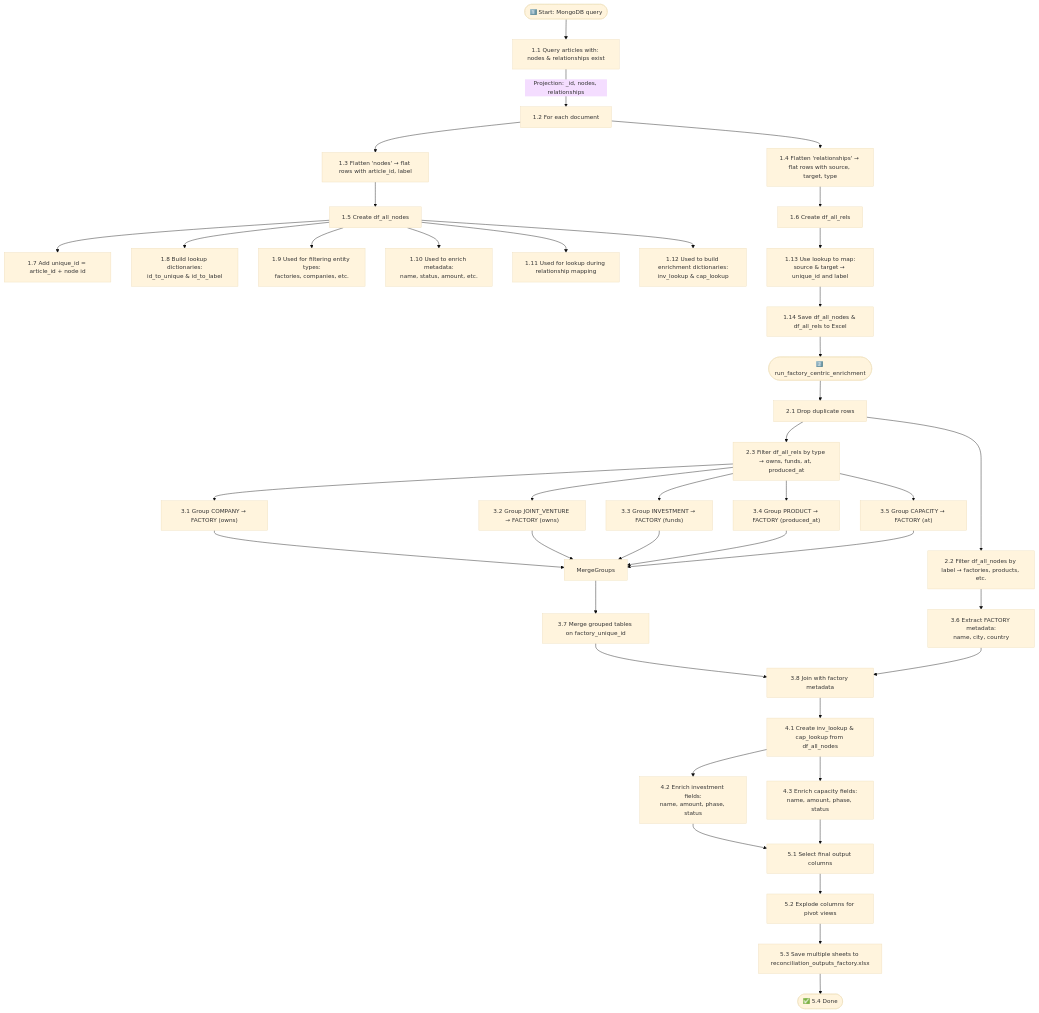
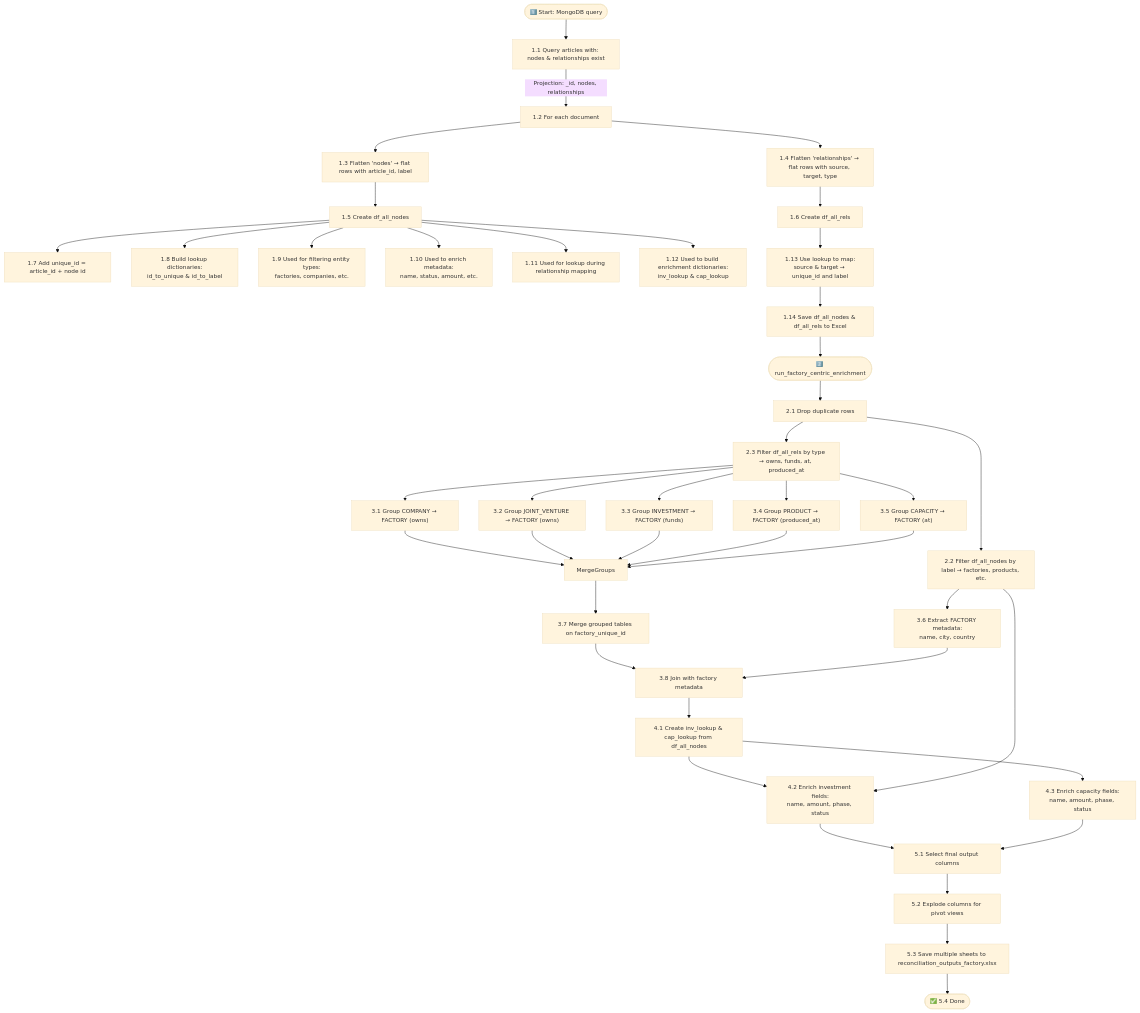
The diagram in reconcile/Readme.md (benmcwilliams/tuone-core), drawn with Mermaid before and after one commit. The commit also changed other lines of this file, not shown here.

````diff
--- a/reconcile/Readme.md
+++ b/reconcile/Readme.md
@@ -17,56 +16,59 @@
 ```mermaid
 %%{init: {'theme': 'base', 'themeVariables': { 'fontSize': '14px' }}}%%
 flowchart TD
 
 %% Section 1: Mongo query and document loop
 Start([1️⃣ Start: MongoDB query]) --> QueryMongo["1.1 Query articles with: nodes & relationships exist"]
 QueryMongo -->|Projection: _id, nodes, relationships| IterateDocs["1.2 For each document"]
 IterateDocs --> FlattenNodes["1.3 Flatten 'nodes' → flat rows with article_id, label"]
 IterateDocs --> FlattenRels["1.4 Flatten 'relationships' → flat rows with source, target, type"]
 FlattenNodes --> DFNodes["1.5 Create df_all_nodes"]
 FlattenRels --> DFRels["1.6 Create df_all_rels"]
 DFNodes --> UniqueID["1.7 Add unique_id = article_id + node id"]
 DFNodes --> IDToLabel["1.8 Build lookup dictionaries:\nid_to_unique & id_to_label"]
 DFNodes --> Role1["1.9 Used for filtering entity types:\nfactories, companies, etc."]
 DFNodes --> Role2["1.10 Used to enrich metadata:\nname, status, amount, etc."]
 DFNodes --> Role3["1.11 Used for lookup during relationship mapping"]
 DFNodes --> Role4["1.12 Used to build enrichment dictionaries:\ninv_lookup & cap_lookup"]
 DFRels --> MapSourceTarget["1.13 Use lookup to map:\nsource & target → unique_id and label"]
 MapSourceTarget --> SaveRawExcel["1.14 Save df_all_nodes & df_all_rels to Excel"]
 
 %% Section 2: Begin enrichment function
 SaveRawExcel --> StartEnrich([2️⃣ run_factory_centric_enrichment])
 StartEnrich --> Deduplicate["2.1 Drop duplicate rows"]
 Deduplicate --> SubsetNodes["2.2 Filter df_all_nodes by label → factories, products, etc."]
 Deduplicate --> SubsetRels["2.3 Filter df_all_rels by type → owns, funds, at, produced_at"]
 
 %% Section 3: Grouping via relationships
 SubsetRels --> GroupOwns["3.1 Group COMPANY → FACTORY (owns)"]
 SubsetRels --> GroupOwnsJV["3.2 Group JOINT_VENTURE → FACTORY (owns)"]
 SubsetRels --> GroupFunds["3.3 Group INVESTMENT → FACTORY (funds)"]
 SubsetRels --> GroupProducts["3.4 Group PRODUCT → FACTORY (produced_at)"]
 SubsetRels --> GroupCapacities["3.5 Group CAPACITY → FACTORY (at)"]
 GroupOwns --> MergeGroups
 GroupOwnsJV --> MergeGroups
 GroupFunds --> MergeGroups
 GroupProducts --> MergeGroups
 GroupCapacities --> MergeGroups
 SubsetNodes --> FactoryMeta["3.6 Extract FACTORY metadata:\nname, city, country"]
 MergeGroups --> MergeFactory["3.7 Merge grouped tables on factory_unique_id"]
 MergeFactory --> MergeMeta["3.8 Join with factory metadata"]
 
 %% New arrow from factory metadata to merge step
 FactoryMeta --> MergeMeta
 
 %% Section 4: Enrichment using dictionaries
 MergeMeta --> BuildLookups["4.1 Create inv_lookup & cap_lookup from df_all_nodes"]
 BuildLookups --> EnrichInvest["4.2 Enrich investment fields:\nname, amount, phase, status"]
 BuildLookups --> EnrichCap["4.3 Enrich capacity fields:\nname, amount, phase, status"]
 
+%% New arrow from 2.2 (SubsetNodes) to 4.2 (EnrichInvest)
+SubsetNodes --> EnrichInvest
+
 %% Section 5: Excel export
 EnrichInvest --> SelectCols["5.1 Select final output columns"]
 EnrichCap --> SelectCols
 SelectCols --> PivotViews["5.2 Explode columns for pivot views"]
 PivotViews --> SaveExcel["5.3 Save multiple sheets to reconciliation_outputs_factory.xlsx"]
 SaveExcel --> End([✅ 5.4 Done])
 ```
````
